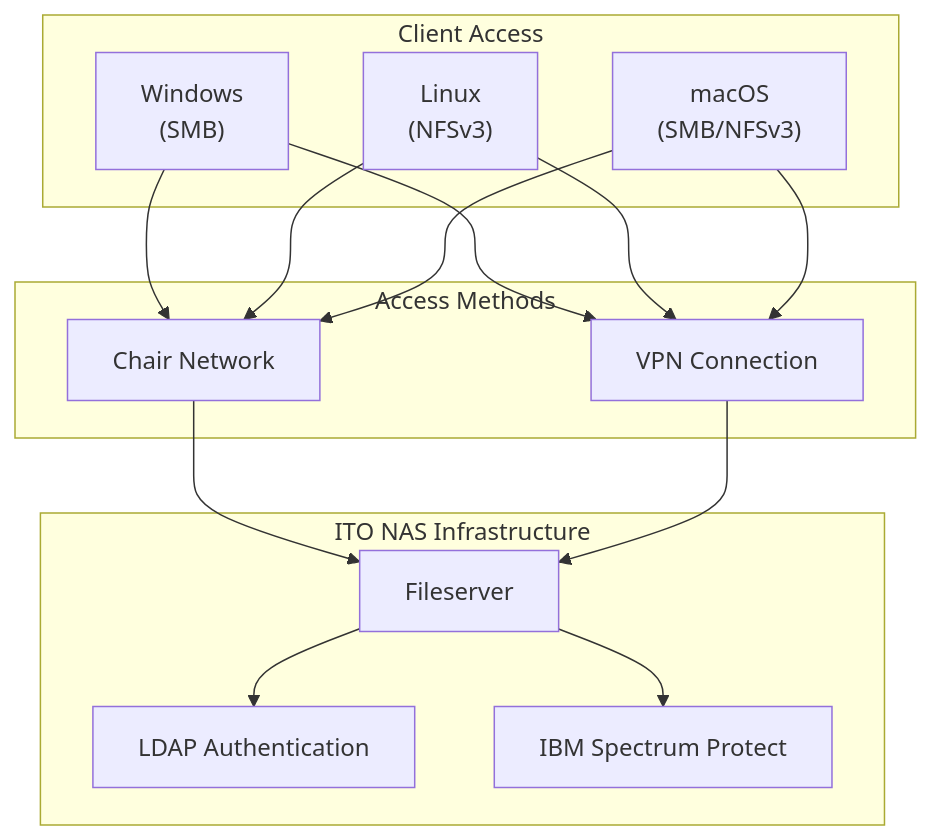
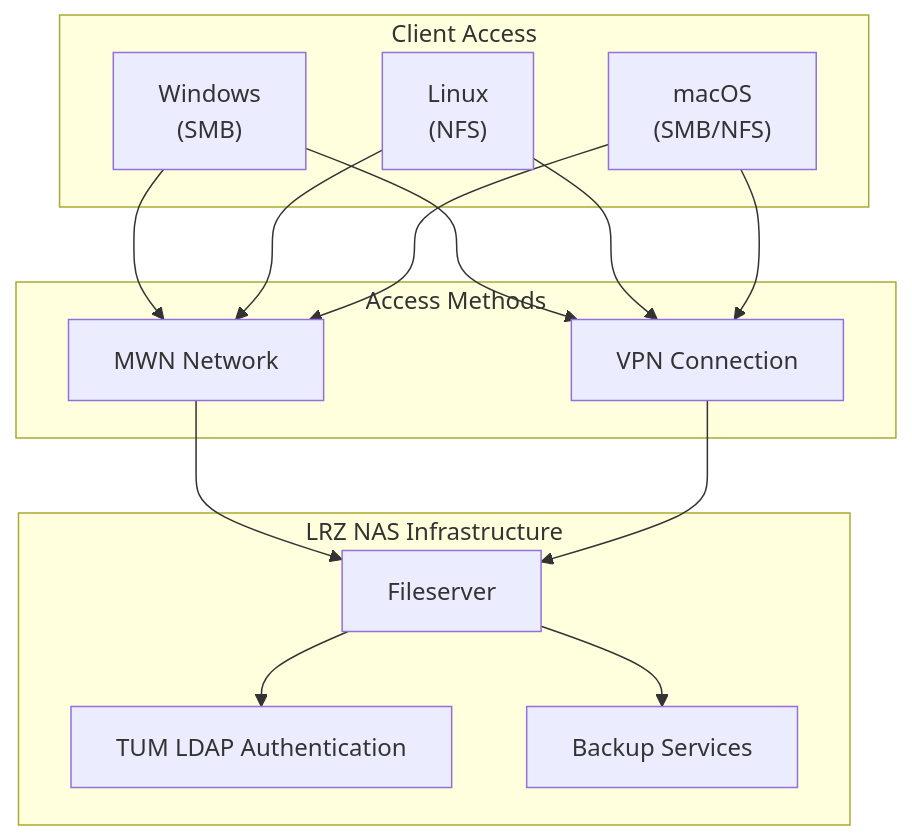
One commit to jtimo/tum-ito-admin-guide changed the first of 5 diagrams in en/chapters/06-storage-backup.qmd. Above: the diagram before and after it, drawn with Mermaid. The commit also changed other lines of this file and 21 other files, not shown here.

````diff
--- a/en/chapters/06-storage-backup.qmd
+++ b/en/chapters/06-storage-backup.qmd
@@ -9,34 +9,34 @@
 ```{mermaid}
 %%| fig-cap: "NAS Service Architecture"
 flowchart TB
     subgraph Clients["Client Access"]
         Win["Windows<br/>(SMB)"]
-        Linux["Linux<br/>(NFSv3)"]
-        Mac["macOS<br/>(SMB/NFSv3)"]
+        Linux["Linux<br/>(NFS)"]
+        Mac["macOS<br/>(SMB/NFS)"]
     end
 
     subgraph Access["Access Methods"]
-        LAN["Chair Network"]
+        LAN["MWN Network"]
         VPN["VPN Connection"]
     end
 
-    subgraph NAS["ITO NAS Infrastructure"]
+    subgraph NAS["LRZ NAS Infrastructure"]
         FS["Fileserver"]
-        LDAP["LDAP Authentication"]
-        Backup["IBM Spectrum Protect"]
+        LDAP["TUM LDAP Authentication"]
+        Backup["Backup Services"]
     end
 
     Win --> LAN
     Linux --> LAN
     Mac --> LAN
 
     Win --> VPN
     Linux --> VPN
     Mac --> VPN
 
     LAN --> FS
     VPN --> FS
 
     FS --> LDAP
     FS --> Backup
 ```
````
